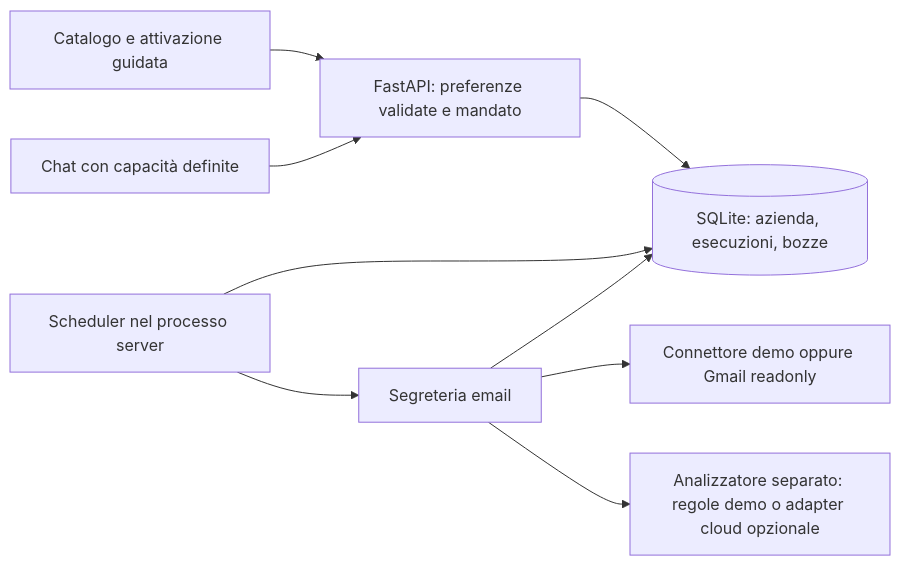
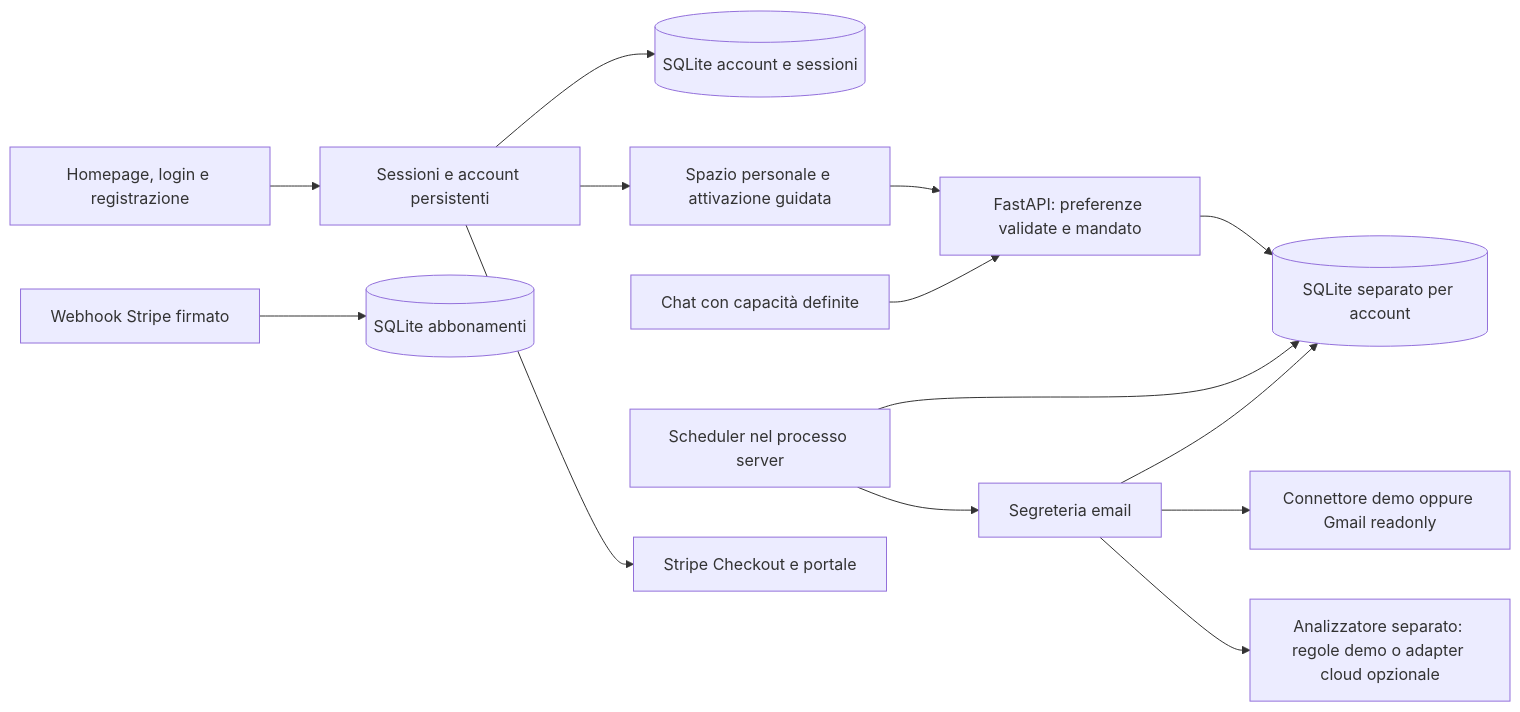
One commit to AsaroAlex/AlexChiara changed the diagram in docs/ARCHITETTURA.md. Above: the diagram before and after it, drawn with Mermaid. The commit also changed other lines of this file and 27 other files, not shown here.

Commit message:
Add public Filo site, persistent accounts and Stripe subscription flow

````diff
--- a/docs/ARCHITETTURA.md
+++ b/docs/ARCHITETTURA.md
@@ -5,11 +5,16 @@
 ```mermaid
 flowchart LR
-    UI[Catalogo e attivazione guidata] --> API[FastAPI: preferenze validate e mandato]
+    HOME[Homepage, login e registrazione] --> AUTH[Sessioni e account persistenti]
+    AUTH --> ACCOUNTS[(SQLite account e sessioni)]
+    AUTH --> UI[Spazio personale e attivazione guidata]
+    UI --> API[FastAPI: preferenze validate e mandato]
     CHAT[Chat con capacità definite] --> API
-    API --> DB[(SQLite: azienda, esecuzioni, bozze)]
+    API --> DB[(SQLite separato per account)]
     WORKER[Scheduler nel processo server] --> DB
     WORKER --> SERVICE[Segreteria email]
     SERVICE --> CONN[Connettore demo oppure Gmail readonly]
     SERVICE --> AI[Analizzatore separato: regole demo o adapter cloud opzionale]
     SERVICE --> DB
+    AUTH --> BILLING[Stripe Checkout e portale]
+    WEBHOOK[Webhook Stripe firmato] --> LEDGER[(SQLite abbonamenti)]
 ```
````
